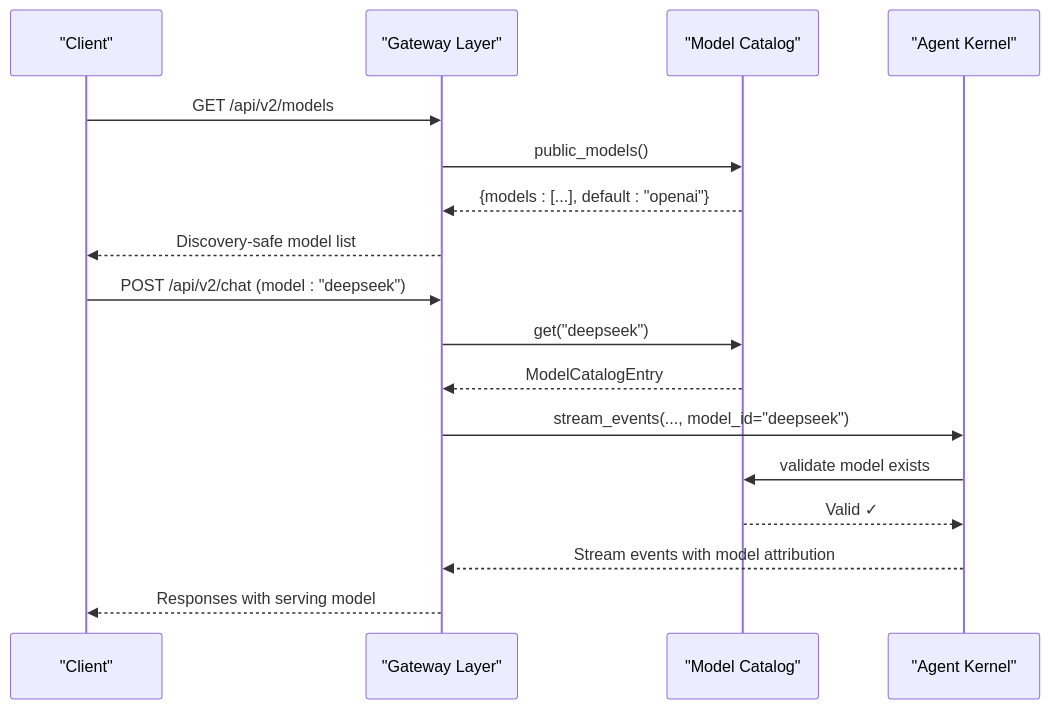
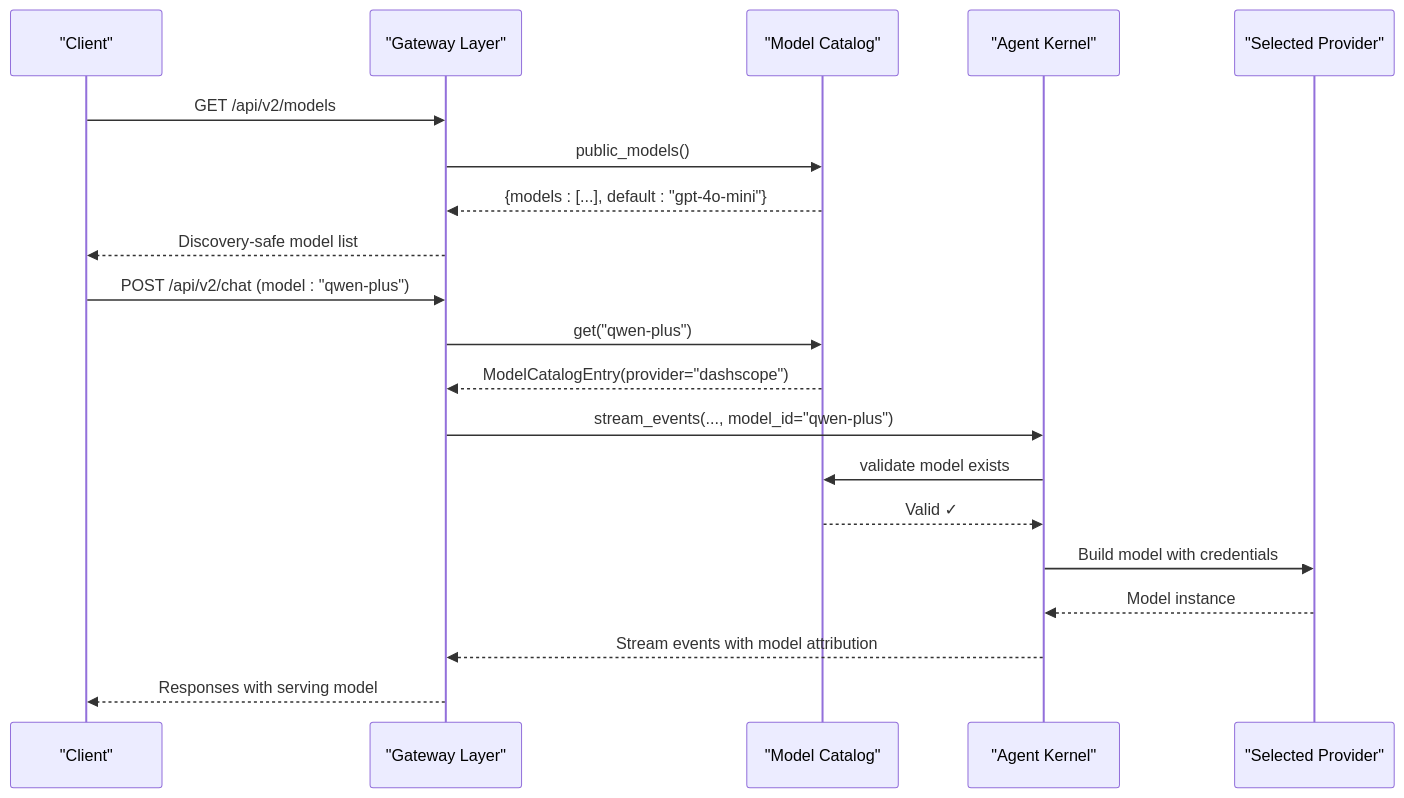
Before and after one commit to metasync/luban-aiops: the third of 6 diagrams in .qoder/repowiki/en/content/Agent Platform Service/Provider Registry and Multi-Provider Support.md, drawn with Mermaid. The commit also changed other lines of this file and 18 other files, not shown here.

````diff
--- a/.qoder/repowiki/en/content/Agent Platform Service/Provider Registry and Multi-Provider Support.md
+++ b/.qoder/repowiki/en/content/Agent Platform Service/Provider Registry and Multi-Provider Support.md
@@ -306,19 +308,22 @@
 ```mermaid
 sequenceDiagram
 participant Client as "Client"
 participant Gateway as "Gateway Layer"
 participant Catalog as "Model Catalog"
 participant Kernel as "Agent Kernel"
+participant Provider as "Selected Provider"
 Client->>Gateway : GET /api/v2/models
 Gateway->>Catalog : public_models()
-Catalog-->>Gateway : {models : [...], default : "openai"}
+Catalog-->>Gateway : {models : [...], default : "gpt-4o-mini"}
 Gateway-->>Client : Discovery-safe model list
-Client->>Gateway : POST /api/v2/chat (model : "deepseek")
-Gateway->>Catalog : get("deepseek")
-Catalog-->>Gateway : ModelCatalogEntry
-Gateway->>Kernel : stream_events(..., model_id="deepseek")
+Client->>Gateway : POST /api/v2/chat (model : "qwen-plus")
+Gateway->>Catalog : get("qwen-plus")
+Catalog-->>Gateway : ModelCatalogEntry(provider="dashscope")
+Gateway->>Kernel : stream_events(..., model_id="qwen-plus")
 Kernel->>Catalog : validate model exists
 Catalog-->>Kernel : Valid ✓
+Kernel->>Provider : Build model with credentials
+Provider-->>Kernel : Model instance
 Kernel-->>Gateway : Stream events with model attribution
 Gateway-->>Client : Responses with serving model
 ```
````
